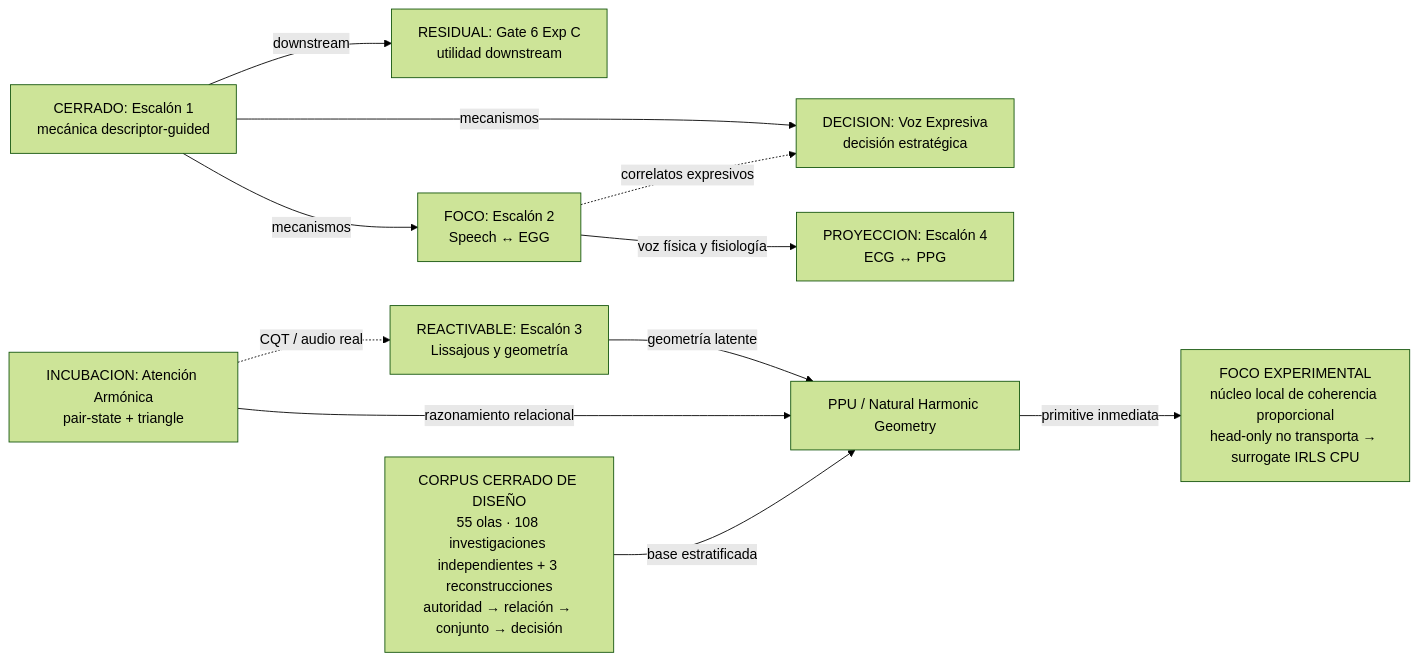
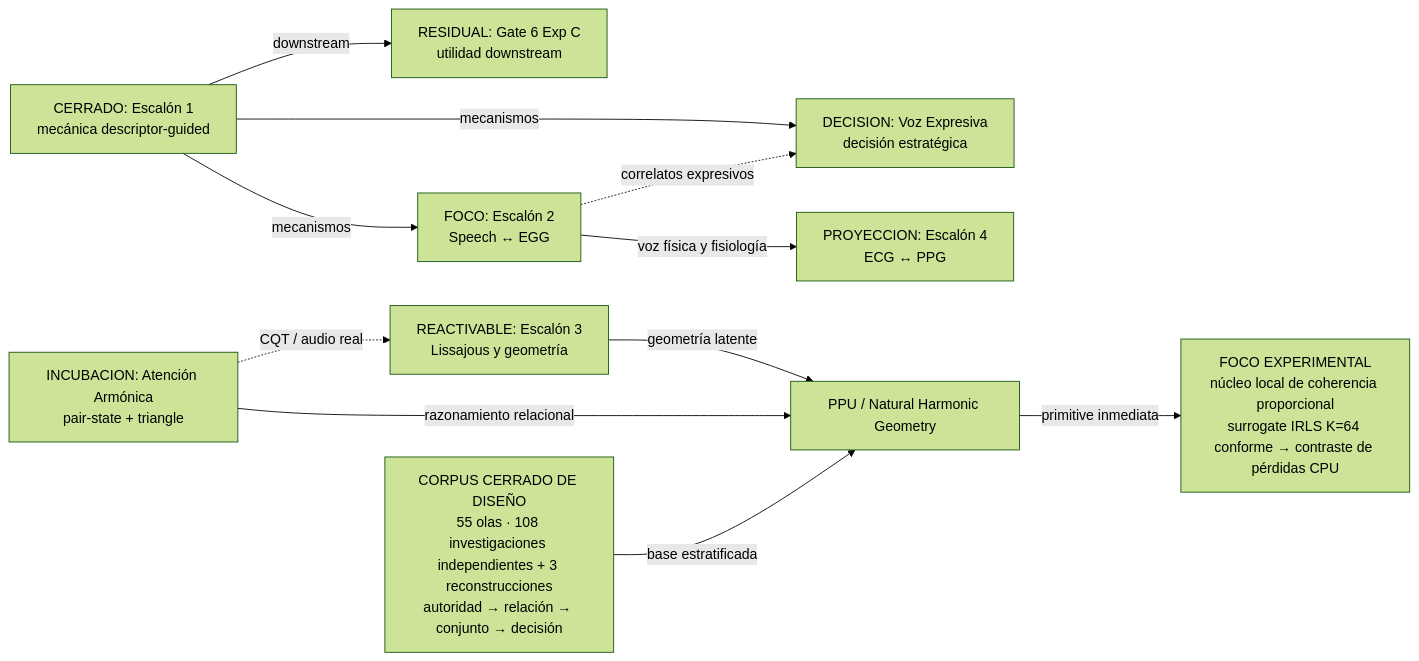
The first of 2 diagrams in Documents/05_WIKI/MAPA_VISUAL_DEL_PROGRAMA.md (Mar-IA-no/Phideus), drawn with Mermaid (forest theme) before and after one commit. The commit also changed other lines of this file and 9 other files, not shown here.

Commit message:
docs: record CPU IRLS surrogate fidelity

````diff
--- a/Documents/05_WIKI/MAPA_VISUAL_DEL_PROGRAMA.md
+++ b/Documents/05_WIKI/MAPA_VISUAL_DEL_PROGRAMA.md
@@ -40,24 +41,24 @@
 ```mermaid
 flowchart LR
     E1["CERRADO: Escalón 1<br/>mecánica descriptor-guided"]
     G6["RESIDUAL: Gate 6 Exp C<br/>utilidad downstream"]
     E2["FOCO: Escalón 2<br/>Speech ↔ EGG"]
     VE["DECISION: Voz Expresiva<br/>decisión estratégica"]
     E3["REACTIVABLE: Escalón 3<br/>Lissajous y geometría"]
     AA["INCUBACION: Atención Armónica<br/>pair-state + triangle"]
     E4["PROYECCION: Escalón 4<br/>ECG ↔ PPG"]
     PPU["PPU / Natural Harmonic Geometry"]
     GT["CORPUS CERRADO DE DISEÑO<br/>55 olas · 108 investigaciones independientes + 3 reconstrucciones<br/>autoridad → relación → conjunto → decisión"]
-    NCP["FOCO EXPERIMENTAL<br/>núcleo local de coherencia proporcional<br/>head-only no transporta → surrogate IRLS CPU"]
+    NCP["FOCO EXPERIMENTAL<br/>núcleo local de coherencia proporcional<br/>surrogate IRLS K=64 conforme → contraste de pérdidas CPU"]
 
     E1 -->|mecanismos| E2
     E1 -->|mecanismos| VE
     E1 -->|downstream| G6
     E2 -->|voz física y fisiología| E4
     E2 -.->|correlatos expresivos| VE
     E3 -->|geometría latente| PPU
     AA -->|razonamiento relacional| PPU
     GT -->|base estratificada| PPU
     PPU -->|primitive inmediata| NCP
     AA -.->|CQT / audio real| E3
 ```
````
